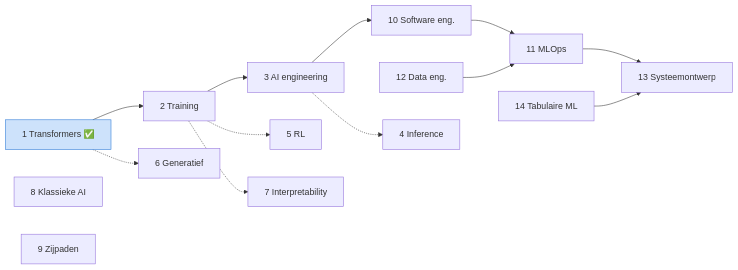
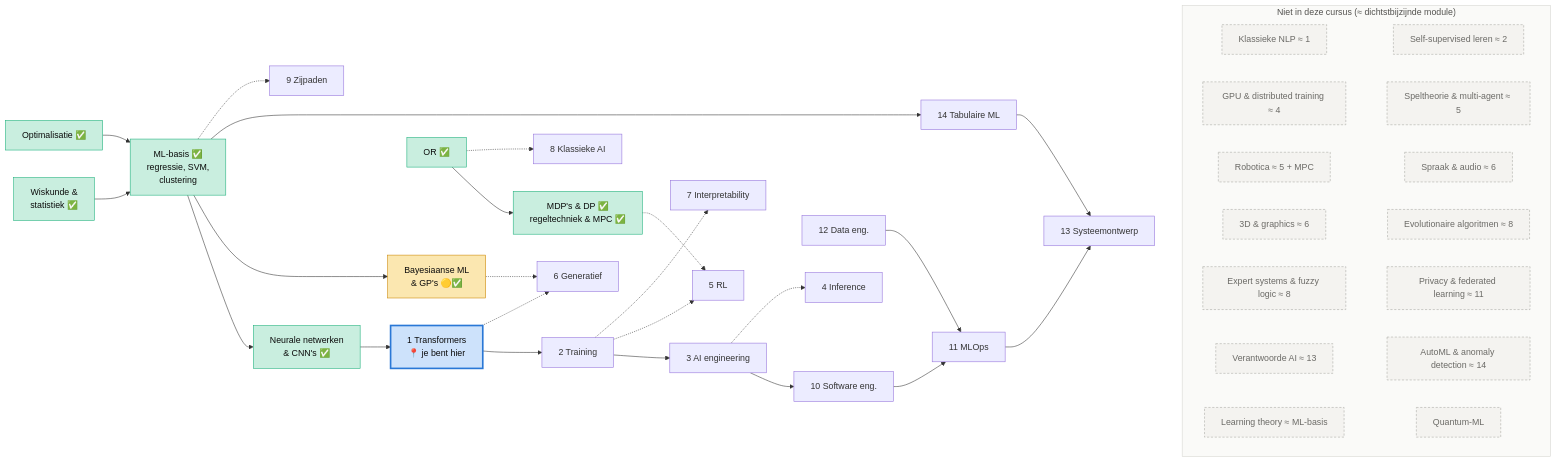
The diagram in README.md (jeroenderuijter2002/Self-learning-AI), drawn with Mermaid before and after one commit. The commit also changed other lines of this file and 14 other files, not shown here.

Commit message:
Routediagram uitgebreid + praktijkvoorbeelden per module

````diff
--- a/README.md
+++ b/README.md
@@ -50,15 +79,60 @@
 ```mermaid
 flowchart LR
-    M1["1 Transformers ✅"] --> M2["2 Training"] --> M3["3 AI engineering"]
+    W["Wiskunde &<br/>statistiek ✅"] --> MLB["ML-basis ✅<br/>regressie, SVM,<br/>clustering"]
+    OPT["Optimalisatie ✅"] --> MLB
+    MLB --> NN["Neurale netwerken<br/>& CNN's ✅"]
+    MLB --> BAY["Bayesiaanse ML<br/>& GP's 🟡✅"]
+    OR["OR ✅"] --> MDP["MDP's & DP ✅<br/>regeltechniek & MPC ✅"]
+
+    NN --> M1["1 Transformers<br/>📍 je bent hier"]
+    M1 --> M2["2 Training"] --> M3["3 AI engineering"]
     M3 --> M10["10 Software eng."] --> M11["11 MLOps"]
     M11 --> M13["13 Systeemontwerp"]
     M14["14 Tabulaire ML"] --> M13
     M12["12 Data eng."] --> M11
+    MLB --> M14
     M3 -.-> M4["4 Inference"]
     M2 -.-> M5["5 RL"]
+    MDP -.-> M5
     M2 -.-> M7["7 Interpretability"]
     M1 -.-> M6["6 Generatief"]
-    M8["8 Klassieke AI"]
-    M9["9 Zijpaden"]
-    style M1 fill:#cde2fb,stroke:#2a78d6
+    BAY -.-> M6
+    MLB -.-> M9["9 Zijpaden"]
+    OR -.-> M8["8 Klassieke AI"]
+
+    subgraph NIET["Niet in deze cursus (≈ dichtstbijzijnde module)"]
+        direction LR
+        X1["Klassieke NLP ≈ 1"]
+        X4["Self-supervised leren ≈ 2"]
+        X11["GPU & distributed training ≈ 4"]
+        X9["Speltheorie & multi-agent ≈ 5"]
+        X10["Robotica ≈ 5 + MPC"]
+        X2["Spraak & audio ≈ 6"]
+        X3["3D & graphics ≈ 6"]
+        X7["Evolutionaire algoritmen ≈ 8"]
+        X8["Expert systems & fuzzy logic ≈ 8"]
+        X12["Privacy & federated learning ≈ 11"]
+        X13["Verantwoorde AI ≈ 13"]
+        X6["AutoML & anomaly detection ≈ 14"]
+        X5["Learning theory ≈ ML-basis"]
+        X14["Quantum-ML"]
+        X1 ~~~ X4
+        X11 ~~~ X9
+        X10 ~~~ X2
+        X3 ~~~ X7
+        X8 ~~~ X12
+        X13 ~~~ X6
+        X5 ~~~ X14
+    end
+    M13 ~~~ NIET
+
+    classDef had fill:#c9eedf,stroke:#1baf7a,color:#0b0b0b
+    classDef bezig fill:#fbe7b0,stroke:#c98500,color:#0b0b0b
+    classDef nu fill:#cde2fb,stroke:#2a78d6,stroke-width:3px,color:#0b0b0b
+    classDef niet fill:#f4f3f0,stroke:#a8a7a2,color:#6b6a66,stroke-dasharray:4 3
+    class W,OPT,MLB,NN,OR,MDP had
+    class BAY bezig
+    class M1 nu
+    class X1,X2,X3,X4,X5,X6,X7,X8,X9,X10,X11,X12,X13,X14 niet
+    style NIET fill:#fafaf8,stroke:#d6d5d0,color:#52514e
 ```
````
